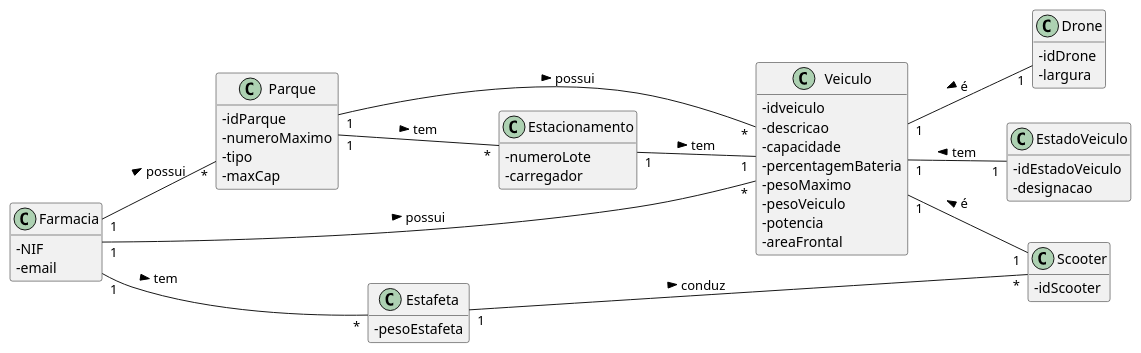
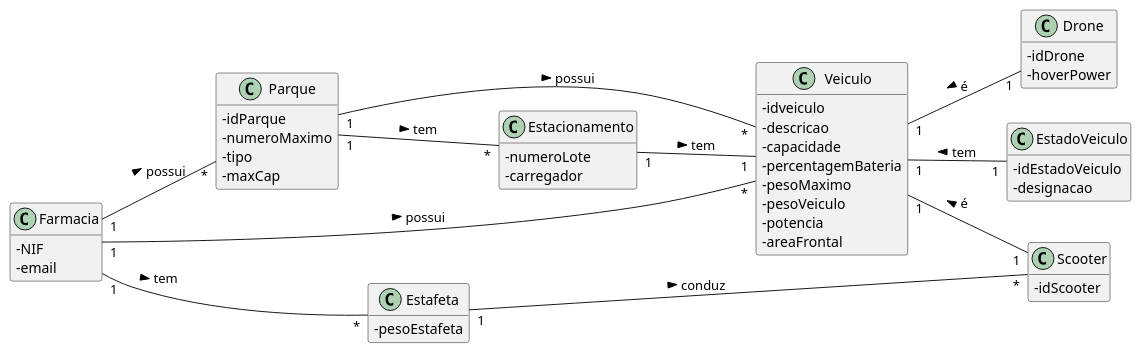
The diagram in docs/UC12/EstacionamentoVeiculoMD.puml (pedrolemos4/LAPR3), drawn with PlantUML before and after one commit. The commit also changed 1 other file, not shown here.

```diff
--- a/docs/UC12/EstacionamentoVeiculoMD.puml
+++ b/docs/UC12/EstacionamentoVeiculoMD.puml
@@ -1,63 +1,63 @@
 @startuml
 skinparam classAttributeIconSize 0
 hide methods
 left to right direction
 
 class Parque {
   -idParque
   -numeroMaximo
   -tipo
   -maxCap
 }
 
 class EstadoVeiculo {
   -idEstadoVeiculo
   -designacao
 }
 
 class Scooter {
   -idScooter
 }
 
 class Veiculo {
   -idveiculo
   -descricao
   -capacidade
   -percentagemBateria
   -pesoMaximo
   -pesoVeiculo
   -potencia
   -areaFrontal
 }
 
 class Drone {
   -idDrone
-  -largura
+  -hoverPower
 }
 
 class Estafeta {
   -pesoEstafeta
 }
 
 class Estacionamento {
   -numeroLote
   -carregador
 }
 
 class Farmacia {
   -NIF
   -email
 }
 
 Veiculo "1" -- "1" Drone: é <
 Veiculo "1" -- "1" Scooter: é <
 Veiculo "1" -- "1" EstadoVeiculo: tem <
 Parque "1" -- "*" Veiculo: possui >
 Parque "1" -- "*" Estacionamento: tem >
 Estacionamento "1" -- "1" Veiculo: tem >
 Farmacia "1" -- "*" Veiculo: possui >
 Farmacia "1" -- "*" Parque: possui >
 Estafeta "1" -- "*" Scooter: conduz >
 Farmacia "1" -- "*" Estafeta: tem >
 
 @enduml
```
